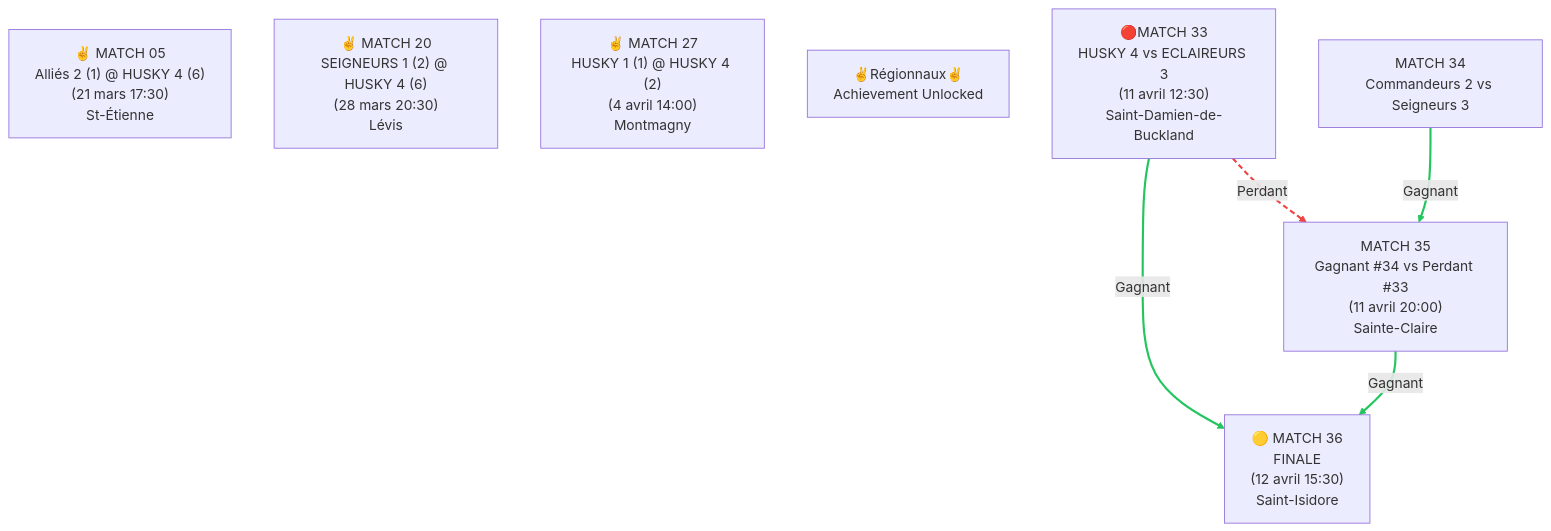
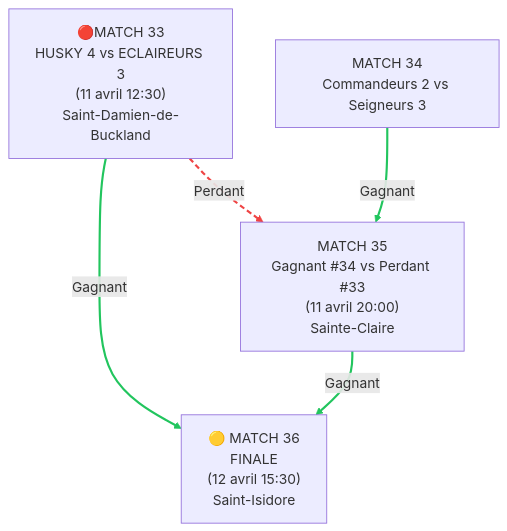
Before and after one commit to voltogyre/horaire-serie-2026: the diagram in Xavier.md, drawn with Mermaid. The commit also changed other lines of this file, not shown here.

````diff
--- a/Xavier.md
+++ b/Xavier.md
@@ -7,21 +7,15 @@
 ```mermaid
 graph TD
-    M18B05["✌️ MATCH 05<br/>Alliés 2 (1) @ HUSKY 4 (6)<br/>(21 mars 17:30)<br/>St-Étienne"]
-    M18B20["✌️ MATCH 20<br/>SEIGNEURS 1 (2) @ HUSKY 4 (6)<br/>(28 mars 20:30)<br/>Lévis"] 
-    M18B27["✌️ MATCH 27<br/>HUSKY 1 (1) @ HUSKY 4 (2)<br/>(4 avril 14:00)<br/>Montmagny"]
-    W["✌️Régionnaux✌️<br/>Achievement Unlocked"]
-    
-    
     M18B33["🔴MATCH 33<br/>HUSKY 4 vs ECLAIREURS 3<br/>(11 avril 12:30)<br/>Saint-Damien-de-Buckland"]
     M18B33 -->|Gagnant| M18B36["🟡 MATCH 36<br/>FINALE<br/>(12 avril 15:30)<br/>Saint-Isidore"]
     M18B34["MATCH 34<br/>Commandeurs 2 vs Seigneurs 3"] -->|Gagnant| M18B35["MATCH 35<br/>Gagnant #34 vs Perdant #33<br/>(11 avril 20:00)<br/>Sainte-Claire"]
     M18B35 -->|Gagnant| M18B36
     M18B33 -->|Perdant| M18B35
 
     linkStyle 0,1,2 stroke:#22c55e,stroke-width:2.5px
     linkStyle 3 stroke:#ef4444,stroke-width:2.5px,stroke-dasharray:6 4
     
     
 
 
 ```
````
